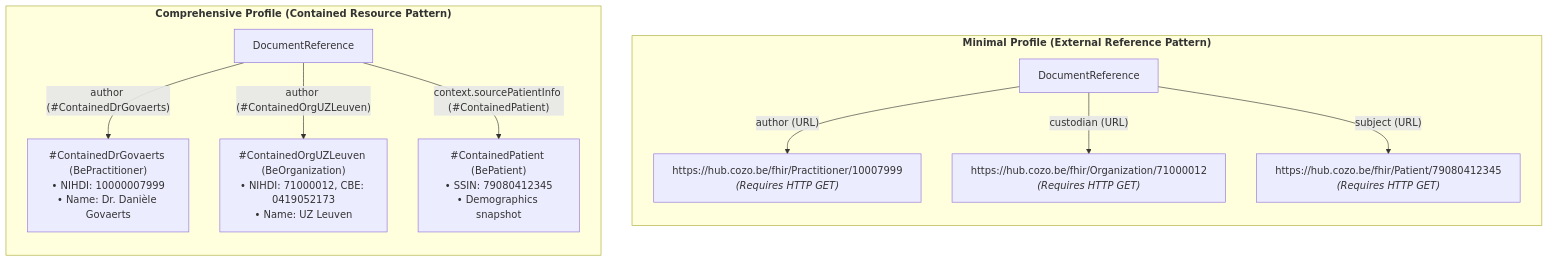
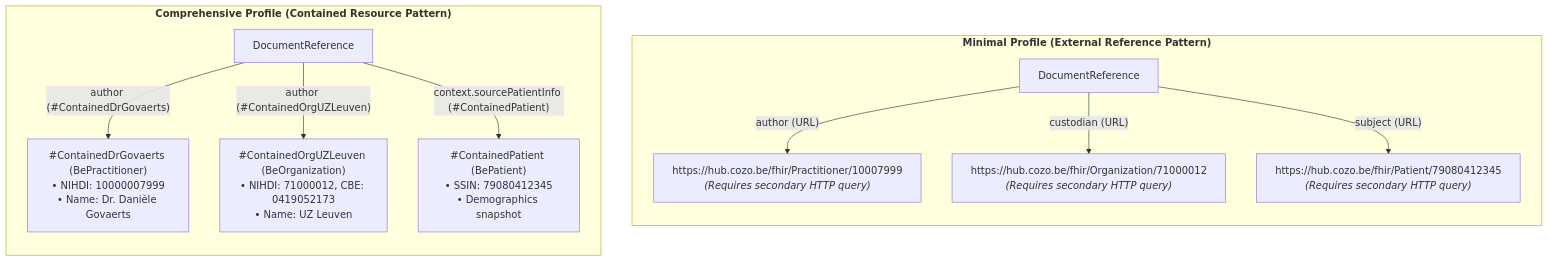
The diagram in input/pagecontent/minimal-vs-comprehensive.md (Jens-uzl/hubsharing), drawn with Mermaid before and after one commit. The commit also changed other lines of this file and 13 other files, not shown here.

Commit message:
Interhub spec FHIR spec, draft 10; replaced all instances of GET / with POST (and adapted it to the fhir transaction method)

````diff
--- a/input/pagecontent/minimal-vs-comprehensive.md
+++ b/input/pagecontent/minimal-vs-comprehensive.md
@@ -63,18 +63,18 @@
 ```mermaid
 flowchart TD
     subgraph Minimal_Pattern["<b>Minimal Profile (External Reference Pattern)</b>"]
         direction TB
         M_DocRef["DocumentReference"]
-        M_DocRef -->|"author (URL)"| M_ExtPract["https://hub.cozo.be/fhir/Practitioner/10007999<br/><i>(Requires HTTP GET)</i>"]
-        M_DocRef -->|"custodian (URL)"| M_ExtOrg["https://hub.cozo.be/fhir/Organization/71000012<br/><i>(Requires HTTP GET)</i>"]
-        M_DocRef -->|"subject (URL)"| M_ExtPat["https://hub.cozo.be/fhir/Patient/79080412345<br/><i>(Requires HTTP GET)</i>"]
+        M_DocRef -->|"author (URL)"| M_ExtPract["https://hub.cozo.be/fhir/Practitioner/10007999<br/><i>(Requires secondary HTTP query)</i>"]
+        M_DocRef -->|"custodian (URL)"| M_ExtOrg["https://hub.cozo.be/fhir/Organization/71000012<br/><i>(Requires secondary HTTP query)</i>"]
+        M_DocRef -->|"subject (URL)"| M_ExtPat["https://hub.cozo.be/fhir/Patient/79080412345<br/><i>(Requires secondary HTTP query)</i>"]
     end
 
     subgraph Comp_Pattern["<b>Comprehensive Profile (Contained Resource Pattern)</b>"]
         direction TB
         C_DocRef["DocumentReference"]
         C_DocRef -->|"author (#ContainedDrGovaerts)"| C_ContPract["#ContainedDrGovaerts (BePractitioner)<br/>• NIHDI: 10000007999<br/>• Name: Dr. Danièle Govaerts"]
         C_DocRef -->|"author (#ContainedOrgUZLeuven)"| C_ContOrg["#ContainedOrgUZLeuven (BeOrganization)<br/>• NIHDI: 71000012, CBE: 0419052173<br/>• Name: UZ Leuven"]
         C_DocRef -->|"context.sourcePatientInfo (#ContainedPatient)"| C_ContPat["#ContainedPatient (BePatient)<br/>• SSIN: 79080412345<br/>• Demographics snapshot"]
     end
 ```
````
